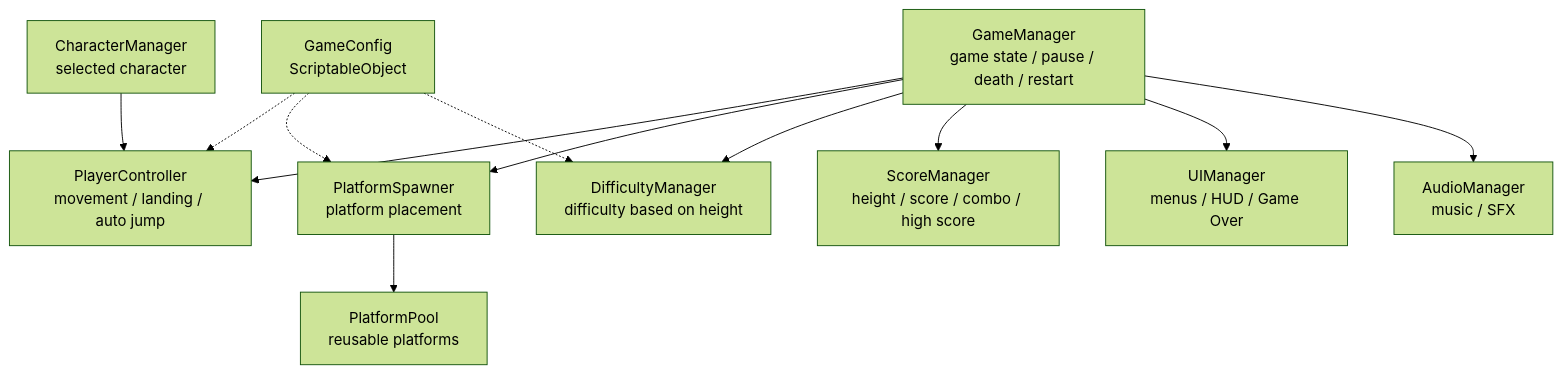
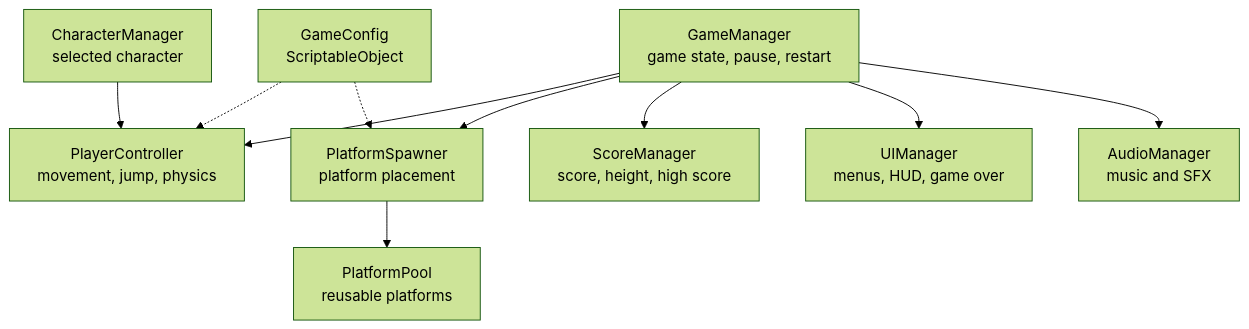
One commit to Rommeir/IcyTowerGame changed the second of 2 diagrams in GDD.md. Above: the diagram before and after it, drawn with Mermaid (forest theme). The commit also changed other lines of this file, not shown here.

````diff
--- a/GDD.md
+++ b/GDD.md
@@ -201,25 +163,22 @@
 ```mermaid
 graph TD
-    GM[GameManager<br/>game state / pause / death / restart]
-    P[PlayerController<br/>movement / landing / auto jump]
+    GM[GameManager<br/>game state, pause, restart]
+    P[PlayerController<br/>movement, jump, physics]
     PS[PlatformSpawner<br/>platform placement]
     OP[PlatformPool<br/>reusable platforms]
-    DM[DifficultyManager<br/>difficulty based on height]
-    SM[ScoreManager<br/>height / score / combo / high score]
+    SM[ScoreManager<br/>score, height, high score]
     CM[CharacterManager<br/>selected character]
-    U[UIManager<br/>menus / HUD / Game Over]
-    A[AudioManager<br/>music / SFX]
+    U[UIManager<br/>menus, HUD, game over]
+    A[AudioManager<br/>music and SFX]
     CFG[GameConfig<br/>ScriptableObject]
 
     GM --> P
     GM --> PS
-    GM --> DM
     GM --> SM
     GM --> U
     GM --> A
     PS --> OP
     CM --> P
     CFG -.-> P
     CFG -.-> PS
-    CFG -.-> DM
 ```
````
